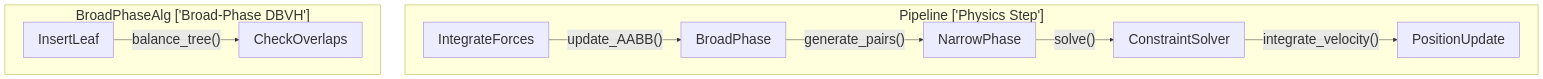
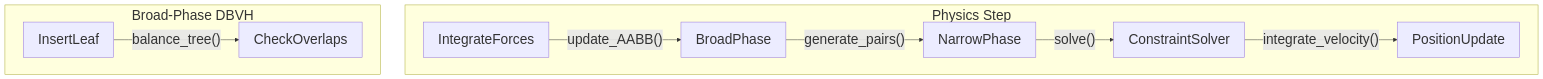
One commit to j4flmao/agent-skills changed the diagram in skills/game/game-development/physics-engine/SKILL.md. Above: the diagram before and after it, drawn with Mermaid. The commit also changed 38 other files, not shown here.

Commit message:
style(skills): Add padding to Mermaid subgraphs to prevent label overlap with nodes

````diff
--- a/skills/game/game-development/physics-engine/SKILL.md
+++ b/skills/game/game-development/physics-engine/SKILL.md
@@ -18,13 +18,13 @@
 ```mermaid
 flowchart TD
 %%{init: {"theme": "default", "themeVariables": {"fontSize": "28px"}, "flowchart": {"useMaxWidth": false}}}%%
-    subgraph PipelinePhysicsStep ["Pipeline ['Physics Step']"]
+    subgraph PipelinePhysicsStep ["Physics Step<br/>"]
         IntegrateForces -->|"update_AABB()"| BroadPhase
         BroadPhase -->|"generate_pairs()"| NarrowPhase
         NarrowPhase -->|"solve()"| ConstraintSolver
         ConstraintSolver -->|"integrate_velocity()"| PositionUpdate
     end
-    subgraph BroadPhaseAlgBroadPhaseDBVH ["BroadPhaseAlg ['Broad-Phase DBVH']"]
+    subgraph BroadPhaseAlgBroadPhaseDBVH ["Broad-Phase DBVH<br/>"]
         InsertLeaf -->|"balance_tree()"| CheckOverlaps
     end
 ```
````
